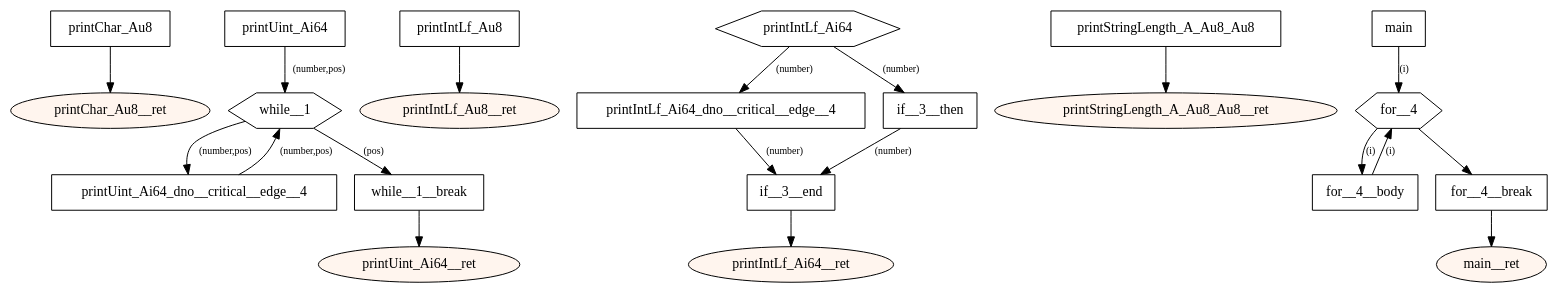
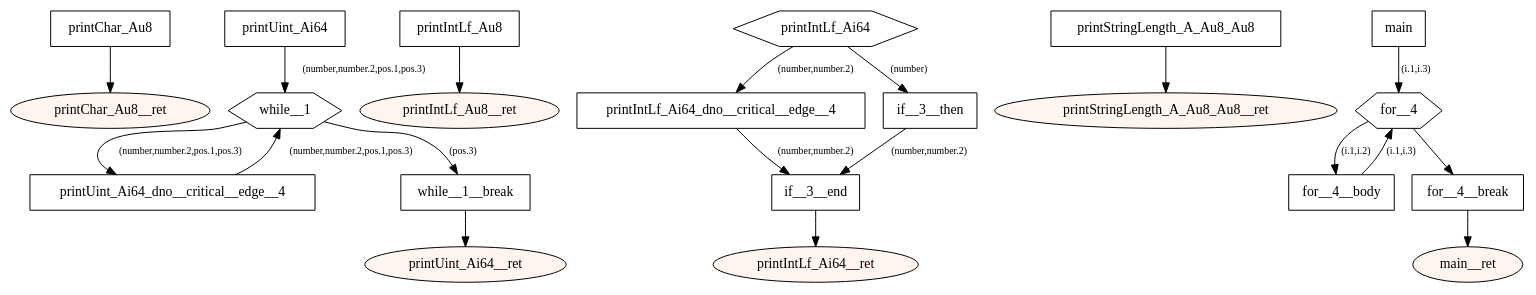
The diagram in src/main/resources-test/compiler/windows/types.dot (tmssngr/tinyC), drawn with Graphviz before and after one commit. The commit also changed 90 other files, not shown here.

```diff
--- a/src/main/resources-test/compiler/windows/types.dot
+++ b/src/main/resources-test/compiler/windows/types.dot
@@ -1,54 +1,54 @@
 digraph program {
 	edge[fontsize="10pt"];
 	subgraph fn_printChar_Au8 {
 		BasicBlock_0_printChar_Au8 [label="printChar_Au8",shape=box];
 		BasicBlock_0_printChar_Au8 -> BasicBlock_0_printChar_Au8__ret;
 		BasicBlock_0_printChar_Au8__ret [label="printChar_Au8__ret",shape=oval,style=filled,fillcolor="#fff5ee"];
 	}
 	subgraph fn_printUint_Ai64 {
 		BasicBlock_1_printUint_Ai64 [label="printUint_Ai64",shape=box];
-		BasicBlock_1_printUint_Ai64 -> BasicBlock_1_while__1 [label="(number,pos)"];
+		BasicBlock_1_printUint_Ai64 -> BasicBlock_1_while__1 [label="(number,number.2,pos.1,pos.3)"];
 		BasicBlock_1_printUint_Ai64_dno__critical__edge__4 [label="printUint_Ai64_dno__critical__edge__4",shape=box];
-		BasicBlock_1_printUint_Ai64_dno__critical__edge__4 -> BasicBlock_1_while__1 [label="(number,pos)"];
+		BasicBlock_1_printUint_Ai64_dno__critical__edge__4 -> BasicBlock_1_while__1 [label="(number,number.2,pos.1,pos.3)"];
 		BasicBlock_1_while__1 [label="while__1",shape=hexagon];
-		BasicBlock_1_while__1 -> BasicBlock_1_printUint_Ai64_dno__critical__edge__4 [label="(number,pos)"];
-		BasicBlock_1_while__1 -> BasicBlock_1_while__1__break [label="(pos)"];
+		BasicBlock_1_while__1 -> BasicBlock_1_printUint_Ai64_dno__critical__edge__4 [label="(number,number.2,pos.1,pos.3)"];
+		BasicBlock_1_while__1 -> BasicBlock_1_while__1__break [label="(pos.3)"];
 		BasicBlock_1_while__1__break [label="while__1__break",shape=box];
 		BasicBlock_1_while__1__break -> BasicBlock_1_printUint_Ai64__ret;
 		BasicBlock_1_printUint_Ai64__ret [label="printUint_Ai64__ret",shape=oval,style=filled,fillcolor="#fff5ee"];
 	}
 	subgraph fn_printIntLf_Au8 {
 		BasicBlock_2_printIntLf_Au8 [label="printIntLf_Au8",shape=box];
 		BasicBlock_2_printIntLf_Au8 -> BasicBlock_2_printIntLf_Au8__ret;
 		BasicBlock_2_printIntLf_Au8__ret [label="printIntLf_Au8__ret",shape=oval,style=filled,fillcolor="#fff5ee"];
 	}
 	subgraph fn_printIntLf_Ai64 {
 		BasicBlock_3_printIntLf_Ai64 [label="printIntLf_Ai64",shape=hexagon];
-		BasicBlock_3_printIntLf_Ai64 -> BasicBlock_3_printIntLf_Ai64_dno__critical__edge__4 [label="(number)"];
+		BasicBlock_3_printIntLf_Ai64 -> BasicBlock_3_printIntLf_Ai64_dno__critical__edge__4 [label="(number,number.2)"];
 		BasicBlock_3_printIntLf_Ai64 -> BasicBlock_3_if__3__then [label="(number)"];
 		BasicBlock_3_printIntLf_Ai64_dno__critical__edge__4 [label="printIntLf_Ai64_dno__critical__edge__4",shape=box];
-		BasicBlock_3_printIntLf_Ai64_dno__critical__edge__4 -> BasicBlock_3_if__3__end [label="(number)"];
+		BasicBlock_3_printIntLf_Ai64_dno__critical__edge__4 -> BasicBlock_3_if__3__end [label="(number,number.2)"];
 		BasicBlock_3_if__3__then [label="if__3__then",shape=box];
-		BasicBlock_3_if__3__then -> BasicBlock_3_if__3__end [label="(number)"];
+		BasicBlock_3_if__3__then -> BasicBlock_3_if__3__end [label="(number,number.2)"];
 		BasicBlock_3_if__3__end [label="if__3__end",shape=box];
 		BasicBlock_3_if__3__end -> BasicBlock_3_printIntLf_Ai64__ret;
 		BasicBlock_3_printIntLf_Ai64__ret [label="printIntLf_Ai64__ret",shape=oval,style=filled,fillcolor="#fff5ee"];
 	}
 	subgraph fn_printStringLength_A_Au8_Au8 {
 		BasicBlock_4_printStringLength_A_Au8_Au8 [label="printStringLength_A_Au8_Au8",shape=box];
 		BasicBlock_4_printStringLength_A_Au8_Au8 -> BasicBlock_4_printStringLength_A_Au8_Au8__ret;
 		BasicBlock_4_printStringLength_A_Au8_Au8__ret [label="printStringLength_A_Au8_Au8__ret",shape=oval,style=filled,fillcolor="#fff5ee"];
 	}
 	subgraph fn_main {
 		BasicBlock_5_main [label="main",shape=box];
-		BasicBlock_5_main -> BasicBlock_5_for__4 [label="(i)"];
+		BasicBlock_5_main -> BasicBlock_5_for__4 [label="(i.1,i.3)"];
 		BasicBlock_5_for__4__body [label="for__4__body",shape=box];
-		BasicBlock_5_for__4__body -> BasicBlock_5_for__4 [label="(i)"];
+		BasicBlock_5_for__4__body -> BasicBlock_5_for__4 [label="(i.1,i.3)"];
 		BasicBlock_5_for__4 [label="for__4",shape=hexagon];
 		BasicBlock_5_for__4 -> BasicBlock_5_for__4__break;
-		BasicBlock_5_for__4 -> BasicBlock_5_for__4__body [label="(i)"];
+		BasicBlock_5_for__4 -> BasicBlock_5_for__4__body [label="(i.1,i.2)"];
 		BasicBlock_5_for__4__break [label="for__4__break",shape=box];
 		BasicBlock_5_for__4__break -> BasicBlock_5_main__ret;
 		BasicBlock_5_main__ret [label="main__ret",shape=oval,style=filled,fillcolor="#fff5ee"];
 	}
 }
```
